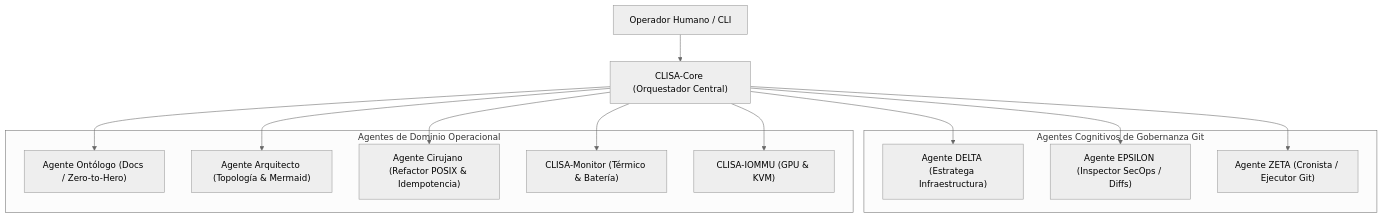
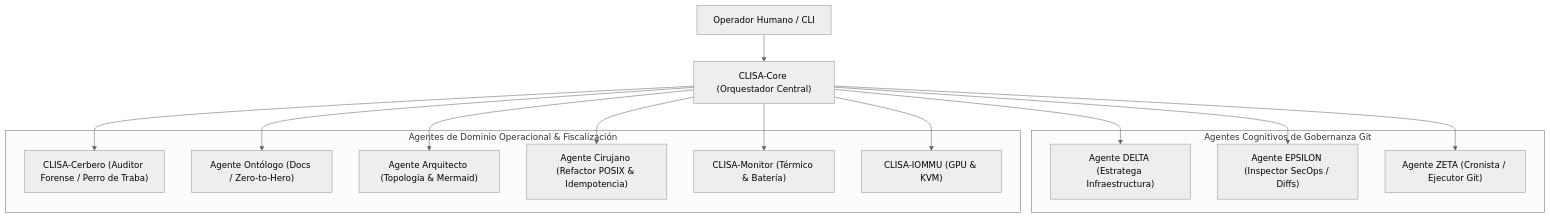
The diagram in docs/03_AGENT_SWARM_PROTOCOLS.md (alonsoalvaradohr/CLISA_Deployment), drawn with Mermaid (neutral theme) before and after one commit. The commit also changed other lines of this file and 7 other files, not shown here.

Commit message:
feat(phase22): deploy cerbero auditor, recover firefox, configure tiling autologin and mako timeout

````diff
--- a/docs/03_AGENT_SWARM_PROTOCOLS.md
+++ b/docs/03_AGENT_SWARM_PROTOCOLS.md
@@ -10,27 +10,29 @@
 ```mermaid
 graph TD
     User["Operador Humano / CLI"] --> Core["CLISA-Core (Orquestador Central)"]
     
     subgraph "Agentes Cognitivos de Gobernanza Git"
         Delta["Agente DELTA (Estratega Infraestructura)"]
         Epsilon["Agente EPSILON (Inspector SecOps / Diffs)"]
         Zeta["Agente ZETA (Cronista / Ejecutor Git)"]
     end
 
-    subgraph "Agentes de Dominio Operacional"
+    subgraph "Agentes de Dominio Operacional & Fiscalización"
+        Cerbero["CLISA-Cerbero (Auditor Forense / Perro de Traba)"]
         Onto["Agente Ontólogo (Docs / Zero-to-Hero)"]
         Archi["Agente Arquitecto (Topología & Mermaid)"]
         Surg["Agente Cirujano (Refactor POSIX & Idempotencia)"]
         Mon["CLISA-Monitor (Térmico & Batería)"]
         IOMMU["CLISA-IOMMU (GPU & KVM)"]
     end
 
+    Core --> Cerbero
     Core --> Delta
     Core --> Epsilon
     Core --> Zeta
     Core --> Onto
     Core --> Archi
     Core --> Surg
     Core --> Mon
     Core --> IOMMU
 ```
````
